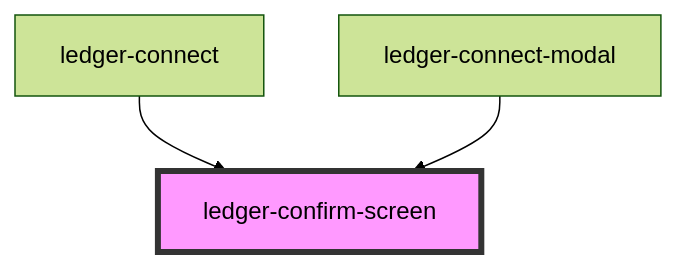
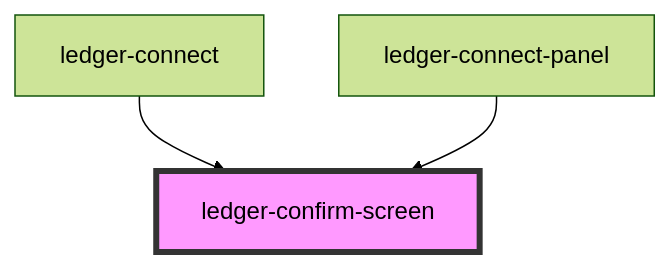
The diagram in src/components/functional/ledger-connect-components/components/ledger-confirm-screen/readme.md (multiversx/mx-sdk-dapp-ui), drawn with Mermaid (forest theme) before and after one commit. The commit also changed other lines of this file and 31 other files, not shown here.

````diff
--- a/src/components/functional/ledger-connect-components/components/ledger-confirm-screen/readme.md
+++ b/src/components/functional/ledger-connect-components/components/ledger-confirm-screen/readme.md
@@ -23,6 +23,6 @@
 ```mermaid
 graph TD;
   ledger-connect --> ledger-confirm-screen
-  ledger-connect-modal --> ledger-confirm-screen
+  ledger-connect-panel --> ledger-confirm-screen
   style ledger-confirm-screen fill:#f9f,stroke:#333,stroke-width:4px
 ```
````
